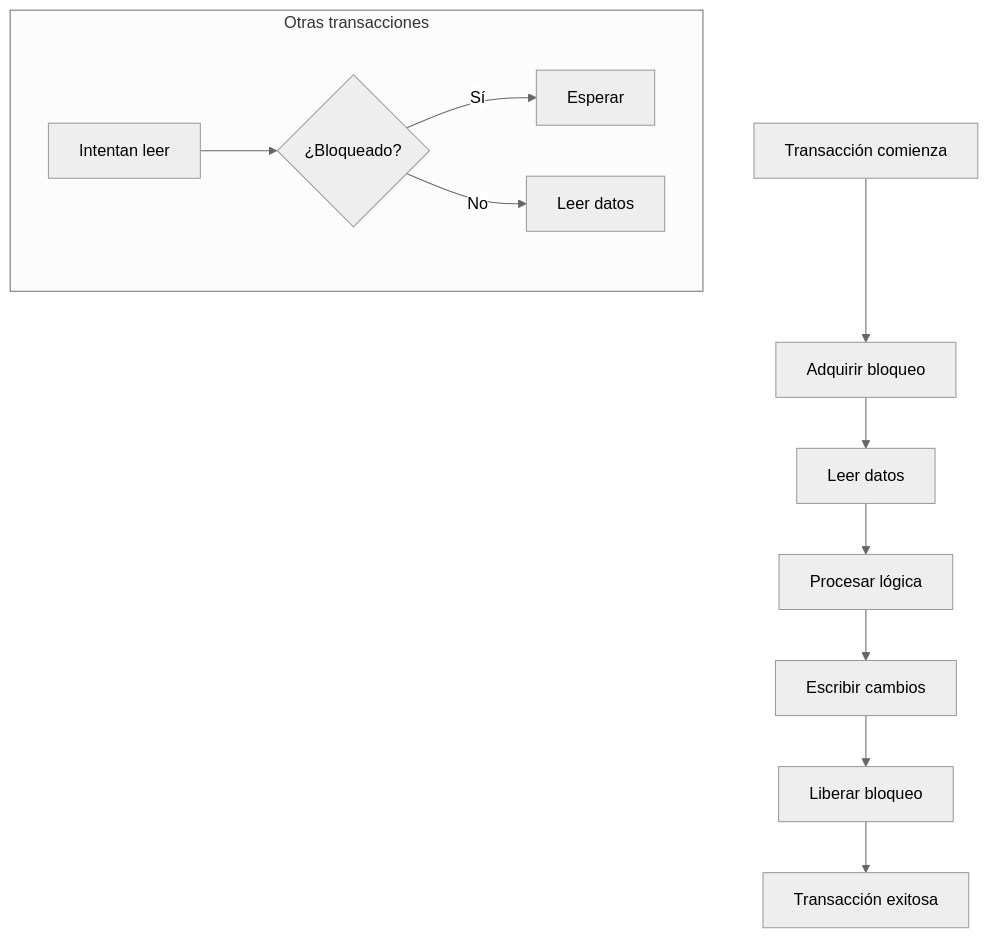
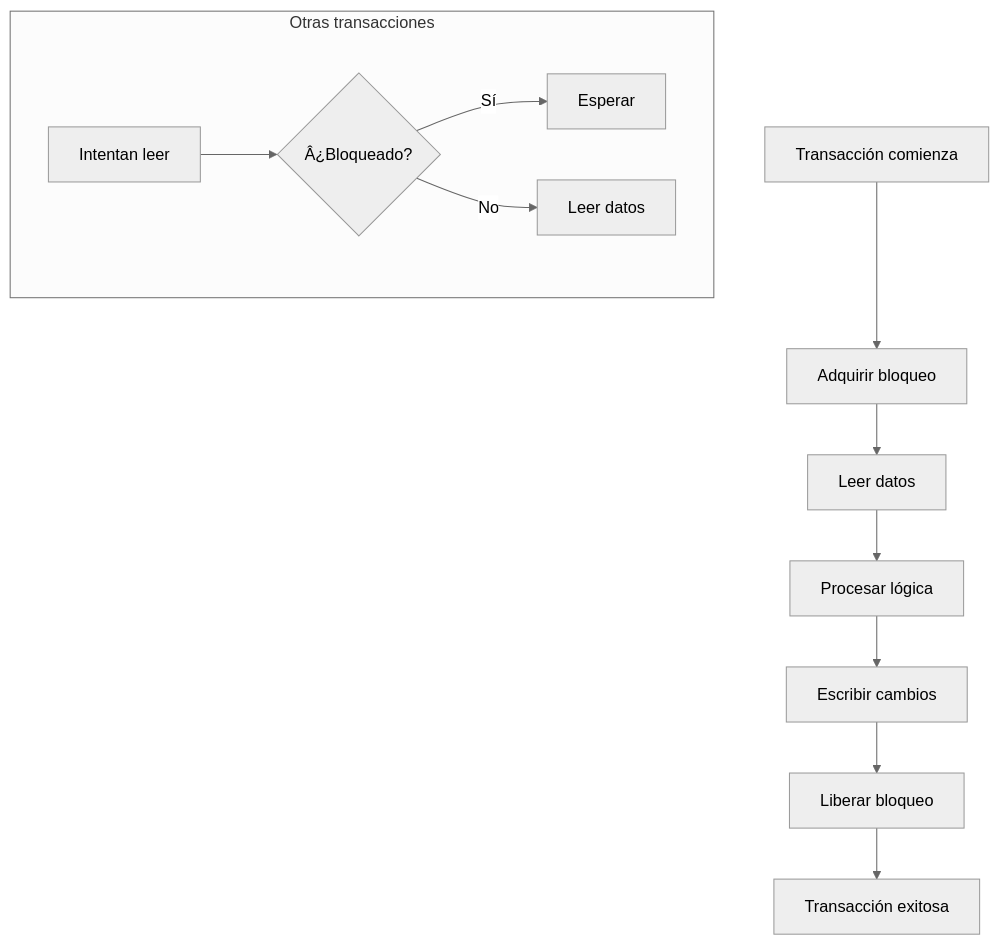
One commit to joseluisgs/TiendaDawApi-Cqrs-MediatR-NetCore changed the sixth of 10 diagrams in doc/15-pedidos-transacciones.md. Above: the diagram before and after it, drawn with Mermaid (neutral theme). The commit also changed other lines of this file and 35 other files, not shown here.

````diff
--- a/doc/15-pedidos-transacciones.md
+++ b/doc/15-pedidos-transacciones.md
@@ -561,15 +561,15 @@
 ```mermaid
 flowchart TD
     A["Transacción comienza"] --> B["Adquirir bloqueo"]
     B --> C["Leer datos"]
     C --> D["Procesar lógica"]
     D --> E["Escribir cambios"]
     E --> F["Liberar bloqueo"]
     F --> G["Transacción exitosa"]
     
     subgraph "Otras transacciones"
-        H["Intentan leer"] --> I{"¿Bloqueado?"}
+        H["Intentan leer"] --> I{"Â¿Bloqueado?"}
         I -->|Sí| J["Esperar"]
         I -->|No| K["Leer datos"]
     end
 ```
````
